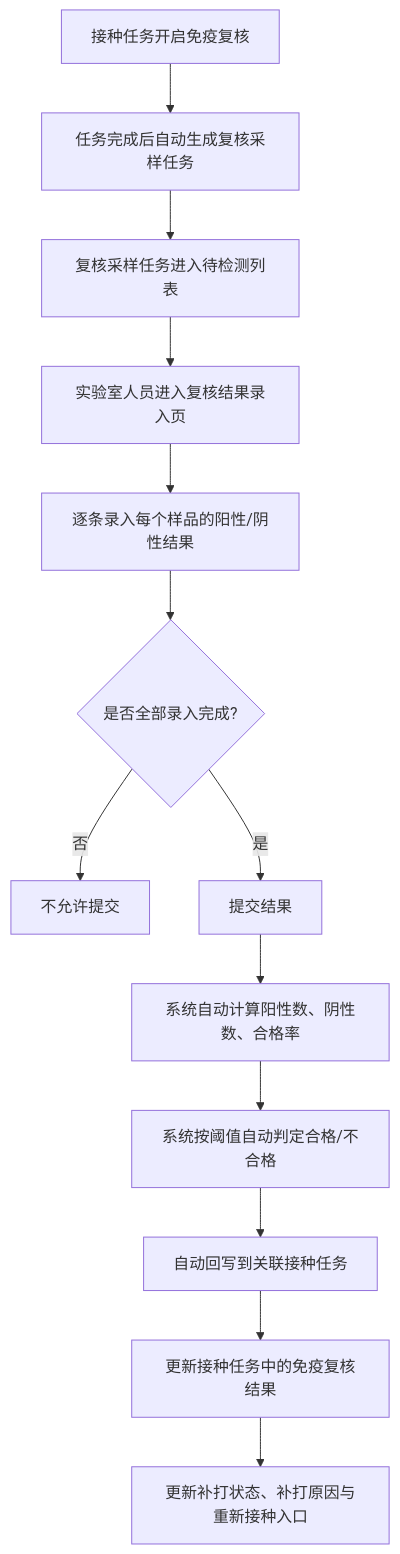
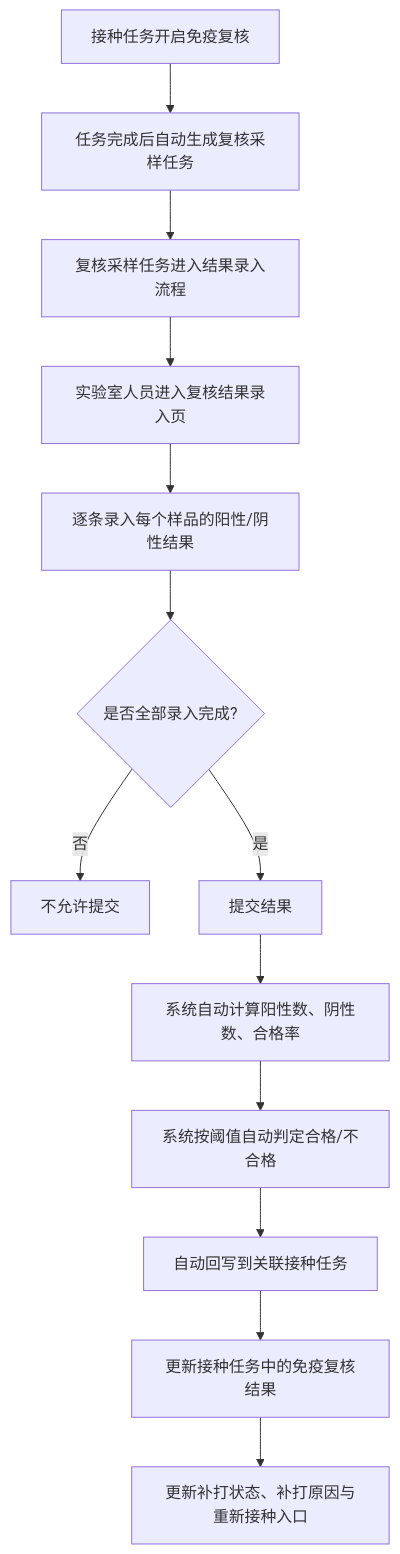
One commit to 91Dhua/Vaccine changed the first of 2 diagrams in prds/vaccine prd/08-免疫复核采样结果管理.md. Above: the diagram before and after it, drawn with Mermaid. The commit also changed other lines of this file and 16 other files, not shown here.

````diff
--- a/prds/vaccine prd/08-免疫复核采样结果管理.md
+++ b/prds/vaccine prd/08-免疫复核采样结果管理.md
@@ -35,15 +35,15 @@
 ```mermaid
 flowchart TD
   A[接种任务开启免疫复核] --> B[任务完成后自动生成复核采样任务]
-  B --> C[复核采样任务进入待检测列表]
+  B --> C[复核采样任务进入结果录入流程]
   C --> D[实验室人员进入复核结果录入页]
   D --> E[逐条录入每个样品的阳性/阴性结果]
   E --> F{是否全部录入完成?}
   F -->|否| G[不允许提交]
   F -->|是| H[提交结果]
   H --> I[系统自动计算阳性数、阴性数、合格率]
   I --> J[系统按阈值自动判定合格/不合格]
   J --> K[自动回写到关联接种任务]
   K --> L[更新接种任务中的免疫复核结果]
   L --> M[更新补打状态、补打原因与重新接种入口]
 ```
````
